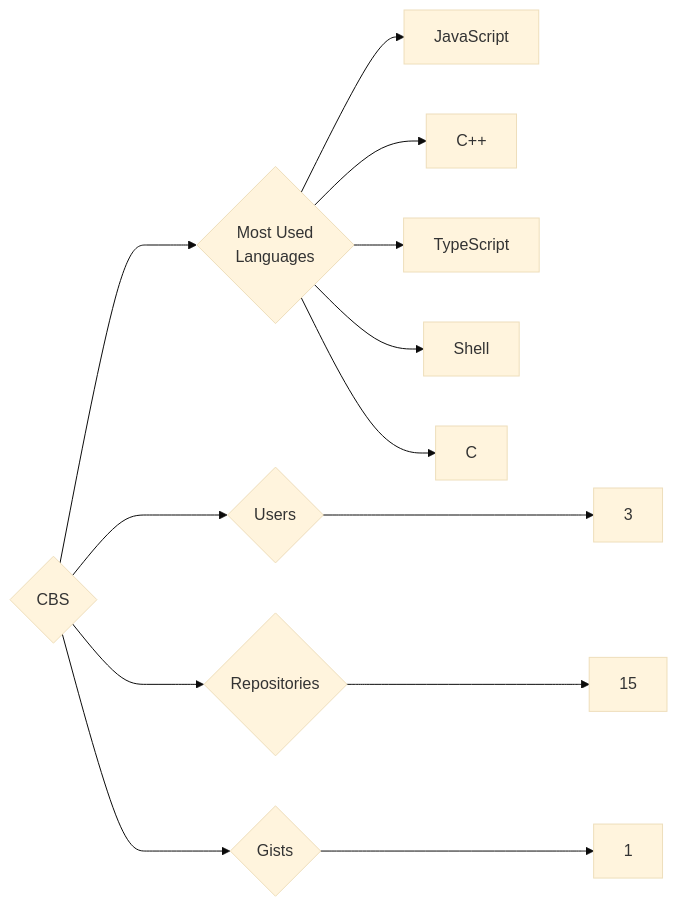
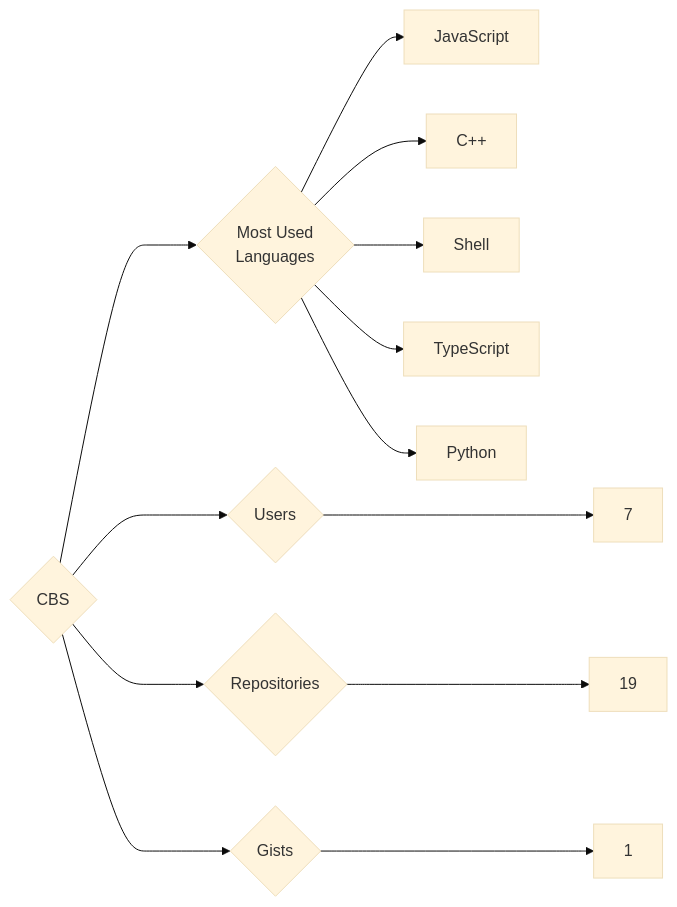
One commit to trickest/insiders changed the diagram in targets/CBS/README.md. Above: the diagram before and after it, drawn with Mermaid (base theme). The commit also changed 988 other files, not shown here.

````diff
--- a/targets/CBS/README.md
+++ b/targets/CBS/README.md
@@ -3,13 +3,13 @@
 ```mermaid
 graph LR
 COMPANY_NAME{CBS}
-COMPANY_NAME ---> U{Users} ---> UN[3]
-COMPANY_NAME ---> R{Repositories} ---> RN[15]
+COMPANY_NAME ---> U{Users} ---> UN[7]
+COMPANY_NAME ---> R{Repositories} ---> RN[19]
 COMPANY_NAME ---> G{Gists} ---> GN[1]
 COMPANY_NAME ---> ML{Most Used<br>Languages}
 ML --> JavaScript[JavaScript]
 ML --> C++[C++]
+ML --> Shell[Shell]
 ML --> TypeScript[TypeScript]
-ML --> Shell[Shell]
-ML --> C[C]
+ML --> Python[Python]
 ```
````
